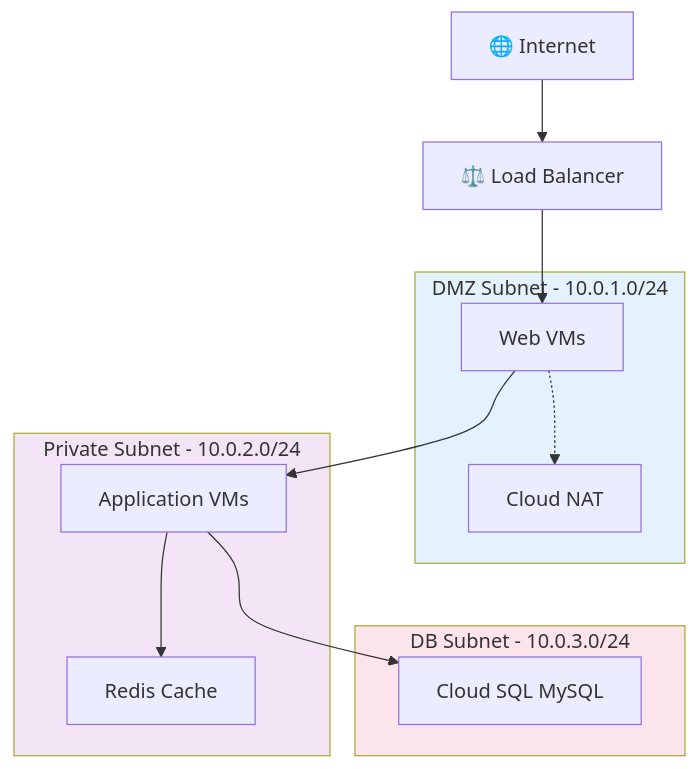
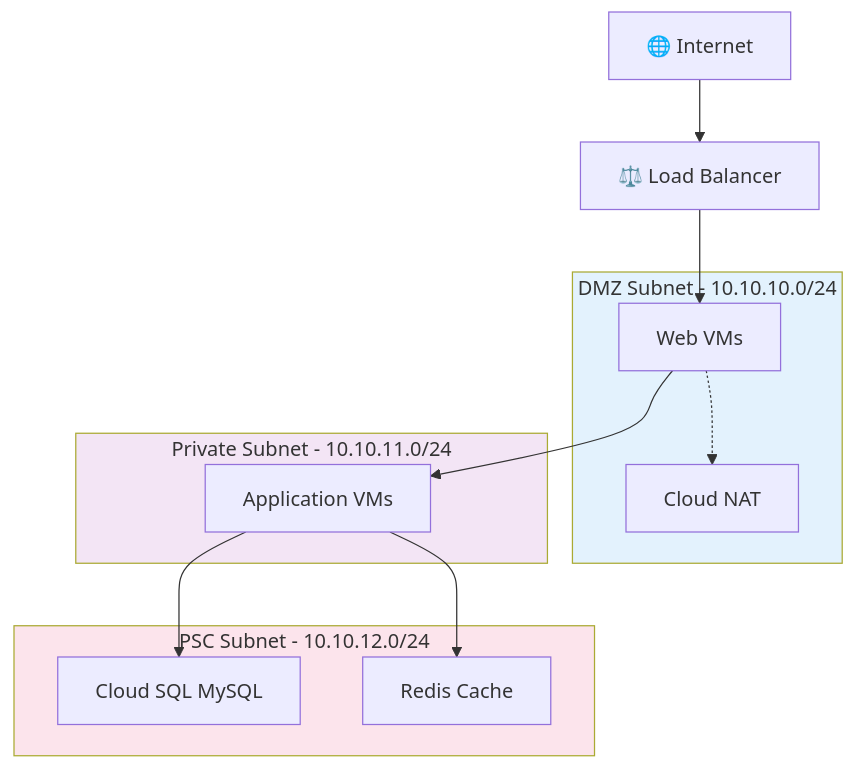
The first of 9 diagrams in terraform_gcp_infra/docs/architecture/network-design.md (JSJ2337/GCP_terraform_code), drawn with Mermaid before and after one commit. The commit also changed other lines of this file, not shown here.

````diff
--- a/terraform_gcp_infra/docs/architecture/network-design.md
+++ b/terraform_gcp_infra/docs/architecture/network-design.md
@@ -7,31 +7,31 @@
 ```mermaid
 %%{init: {'theme': 'default'}}%%
 flowchart TB
     INET[🌐 Internet]
     LB[⚖️ Load Balancer]
 
-    subgraph DMZ["DMZ Subnet - 10.0.1.0/24"]
+    subgraph DMZ["DMZ Subnet - 10.10.10.0/24"]
         DMZ_WEB[Web VMs]
         DMZ_NAT[Cloud NAT]
     end
 
-    subgraph Private["Private Subnet - 10.0.2.0/24"]
+    subgraph Private["Private Subnet - 10.10.11.0/24"]
         PRIV_APP[Application VMs]
-        PRIV_REDIS[Redis Cache]
     end
 
-    subgraph DB["DB Subnet - 10.0.3.0/24"]
-        DB_SQL[Cloud SQL MySQL]
+    subgraph PSC["PSC Subnet - 10.10.12.0/24"]
+        PSC_SQL[Cloud SQL MySQL]
+        PSC_REDIS[Redis Cache]
     end
 
     INET --> LB
     LB --> DMZ_WEB
     DMZ_WEB --> PRIV_APP
-    PRIV_APP --> PRIV_REDIS
-    PRIV_APP --> DB_SQL
+    PRIV_APP --> PSC_REDIS
+    PRIV_APP --> PSC_SQL
     DMZ_WEB -.-> DMZ_NAT
 
     style DMZ fill:#e3f2fd
     style Private fill:#f3e5f5
-    style DB fill:#fce4ec
+    style PSC fill:#fce4ec
 ```
````
